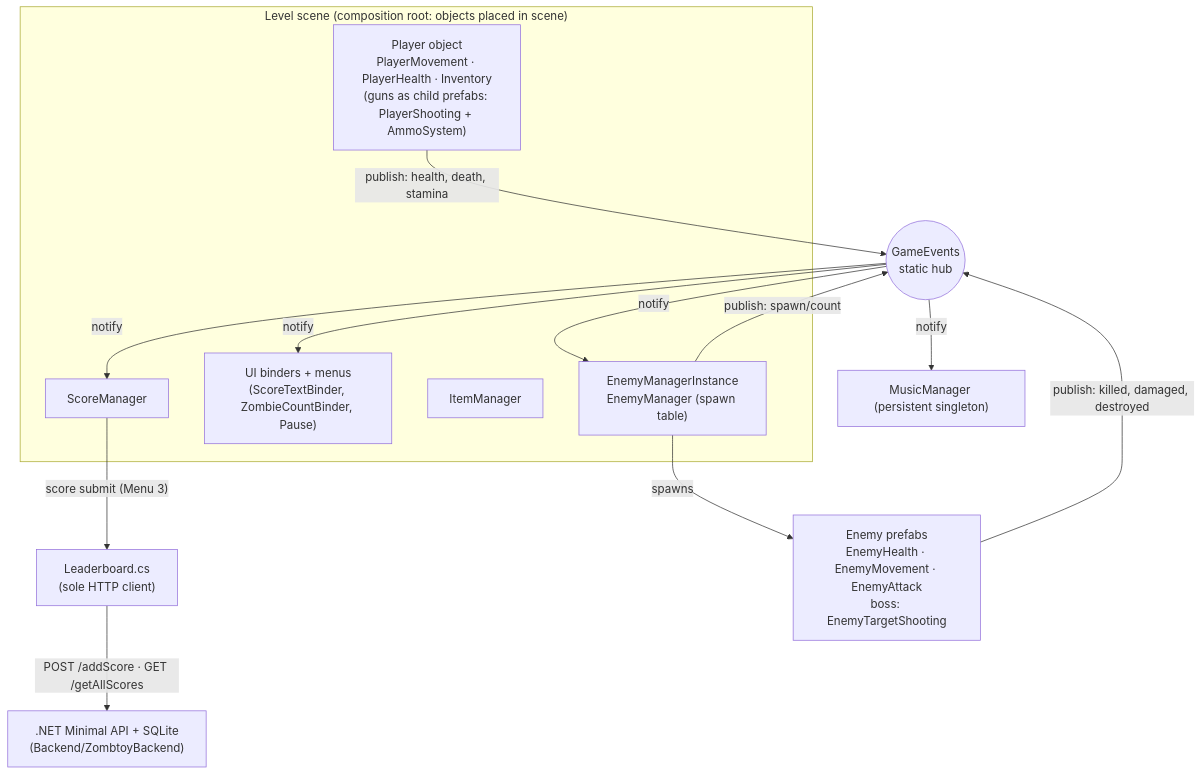
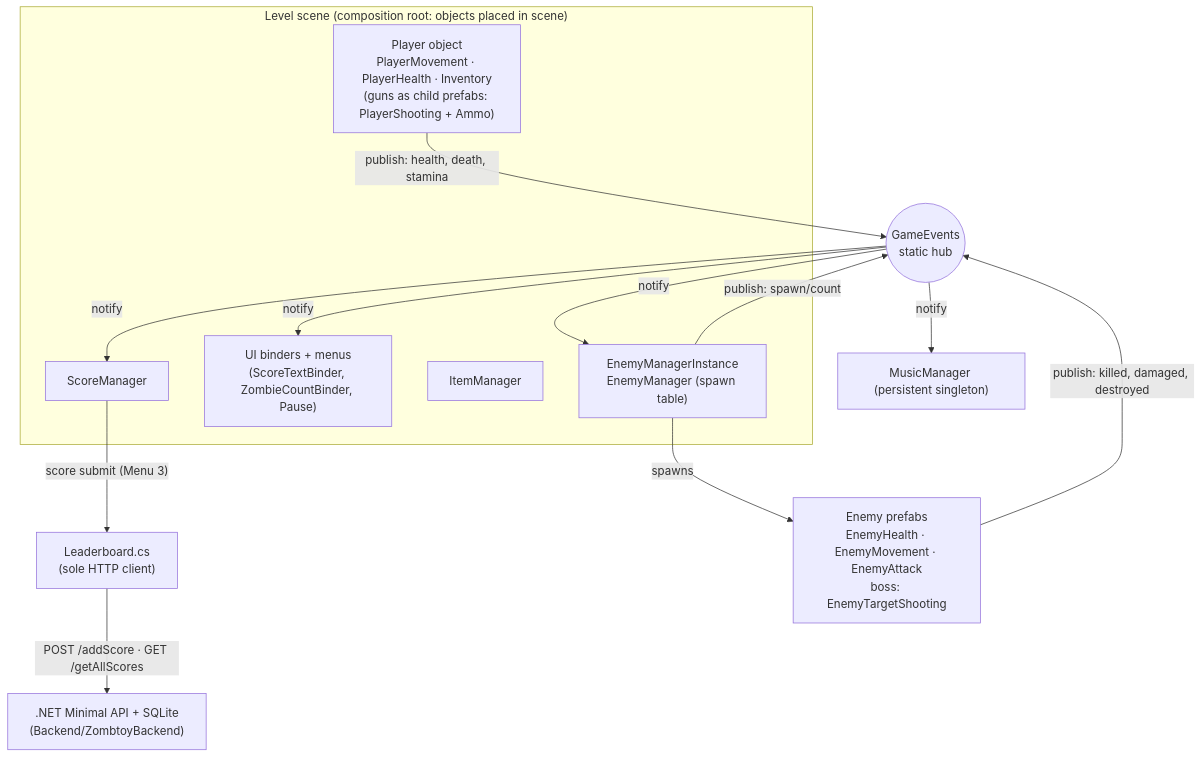
Before and after one commit to ieatyoursushi/Zombtoy: the diagram in docs/architecture/ZOMBTOY_PRINCIPAL_ENGINEER_PLAN.md, drawn with Mermaid. The commit also changed other lines of this file and 60 other files, not shown here.

Commit message:
tooling: repair source diagrams and add editor verification commands

````diff
--- a/docs/architecture/ZOMBTOY_PRINCIPAL_ENGINEER_PLAN.md
+++ b/docs/architecture/ZOMBTOY_PRINCIPAL_ENGINEER_PLAN.md
@@ -167,24 +173,24 @@
 ```mermaid
 graph TD
     subgraph SceneLevel["Level scene (composition root: objects placed in scene)"]
-        Player["Player object<br/>PlayerMovement · PlayerHealth · Inventory<br/>(guns as child prefabs: PlayerShooting + AmmoSystem)"]
+        Player["Player object<br/>PlayerMovement · PlayerHealth · Inventory<br/>(guns as child prefabs: PlayerShooting + Ammo)"]
         EMgr["EnemyManagerInstance<br/>EnemyManager (spawn table)"]
         SMgr["ScoreManager"]
         IMgr["ItemManager"]
         UIB["UI binders + menus<br/>(ScoreTextBinder, ZombieCountBinder, Pause)"]
     end
     MM["MusicManager (persistent singleton)"]
     GE(("GameEvents<br/>static hub"))
     Prefabs["Enemy prefabs<br/>EnemyHealth · EnemyMovement · EnemyAttack<br/>boss: EnemyTargetShooting"]
 
     Player -- "publish: health, death, stamina" --> GE
     Prefabs -- "publish: killed, damaged, destroyed" --> GE
     EMgr -- "spawns" --> Prefabs
     EMgr -- "publish: spawn/count" --> GE
     GE -- "notify" --> SMgr
     GE -- "notify" --> UIB
     GE -- "notify" --> MM
     GE -- "notify" --> EMgr
     SMgr -- "score submit (Menu 3)" --> LB["Leaderboard.cs<br/>(sole HTTP client)"]
     LB -- "POST /addScore · GET /getAllScores" --> API[".NET Minimal API + SQLite<br/>(Backend/ZombtoyBackend)"]
 ```
````
